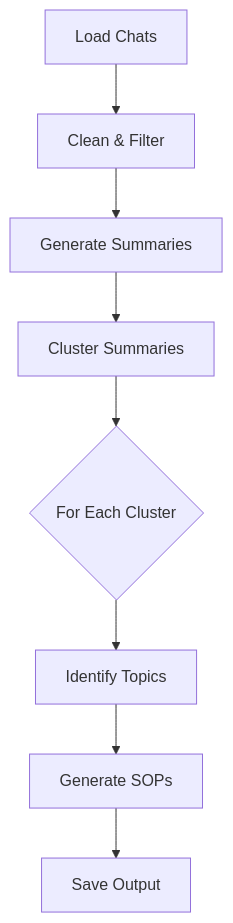
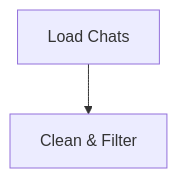
One commit to shacharlevy1991/agentune changed the diagram in docs/development/design.md. Above: the diagram before and after it, drawn with Mermaid. The commit also changed other lines of this file and 18 other files, not shown here.

````diff
--- a/docs/development/design.md
+++ b/docs/development/design.md
@@ -44,10 +30,5 @@
 ```mermaid
 flowchart TD
     A[Load Chats] --> B[Clean & Filter]
-    B --> C[Generate Summaries]
-    C --> D[Cluster Summaries]
-    D --> E{For Each Cluster}
-    E --> F[Identify Topics]
-    F --> G[Generate SOPs]
-    G --> H[Save Output]
+    
 ```
````
